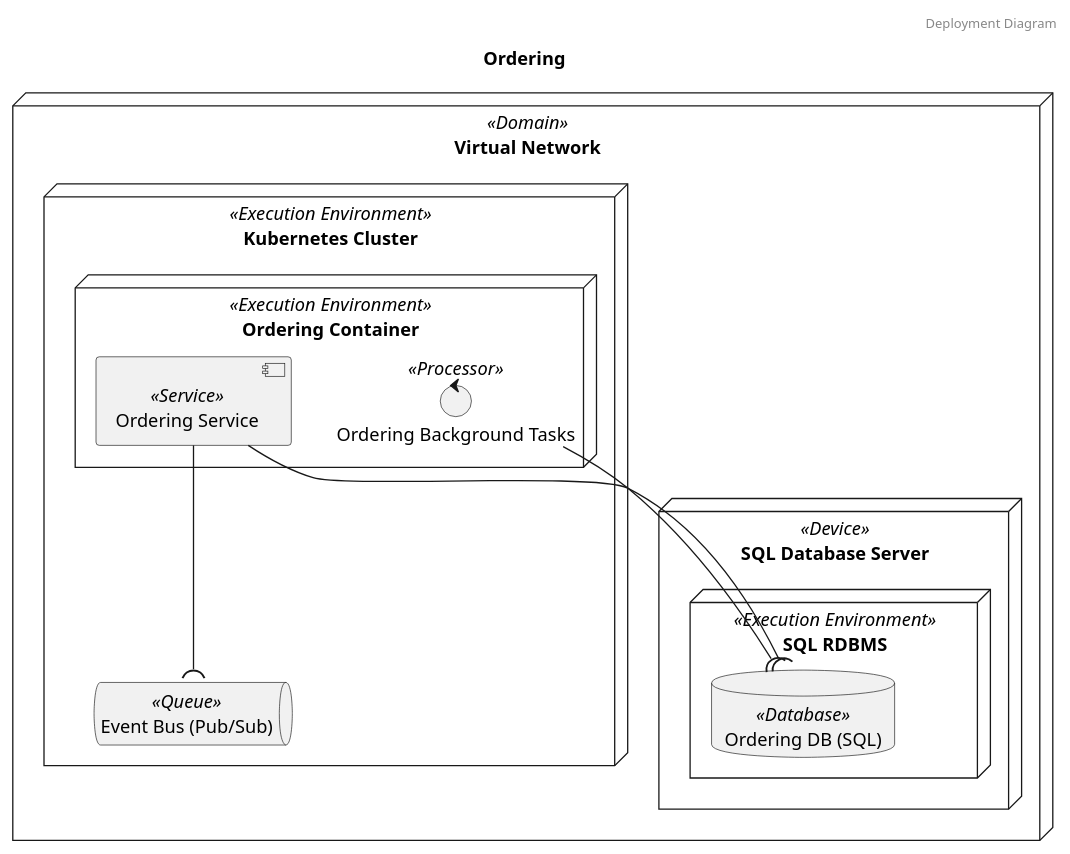
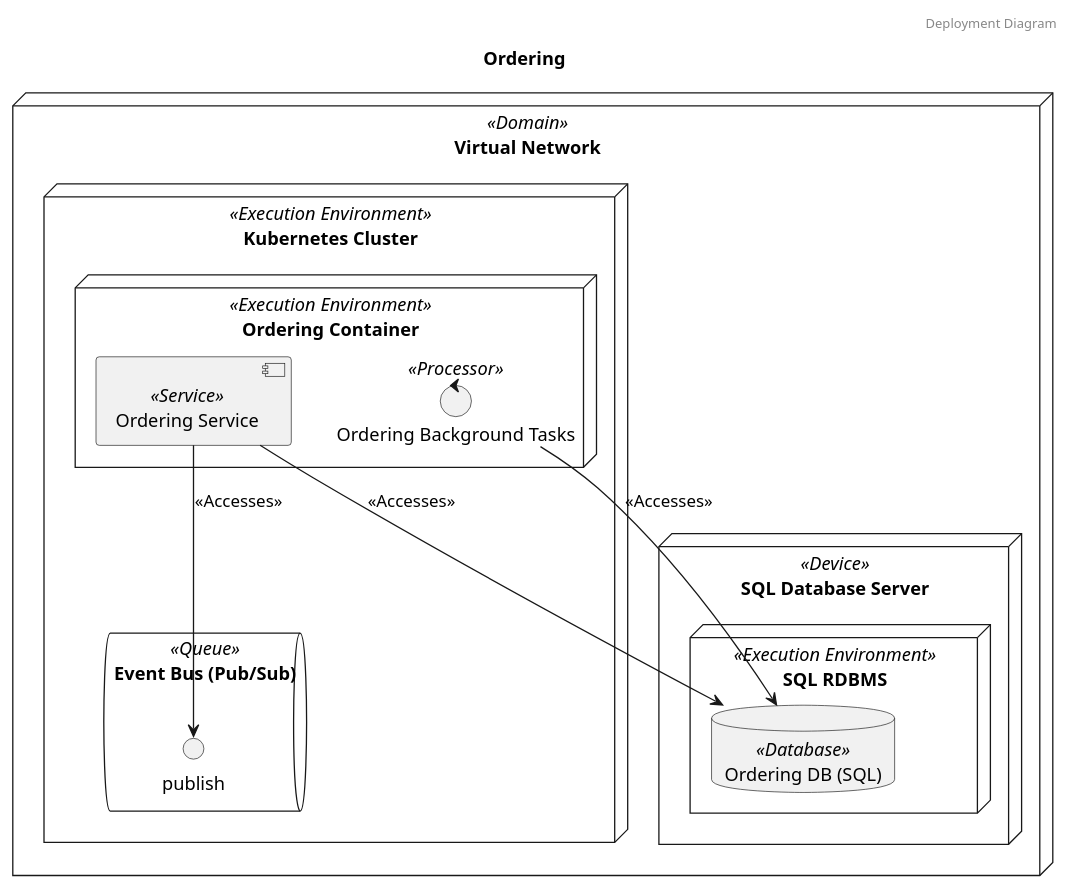
One commit to garrettsutula/example-trellis-project changed the second of 3 diagrams in diagrams/systems/Ordering.puml. Above: the diagram before and after it, drawn with PlantUML. The commit also changed other lines of this file and 29 other files, not shown here.

Commit message:
Update deps, diagram examples

```diff
--- a/diagrams/systems/Ordering.puml
+++ b/diagrams/systems/Ordering.puml
@@ -17,21 +17,24 @@
 @startuml Deployment Diagram Ordering
 header Deployment Diagram
 title Ordering
 node "Virtual Network" as Virtual_Network <<Domain>> {
 	node "Kubernetes Cluster" as Kubernetes_Cluster <<Execution Environment>> {
-		queue "Event Bus (Pub/Sub)" as Event_Bus_Pub_Sub <<Queue>>
-		node "Ordering Container" as Ordering_Container <<Execution Environment>> {
-			component "Ordering Service" as Ordering_Service <<Service>>
-			control "Ordering Background Tasks" as Ordering_Background_Tasks <<Processor>>
+		queue "Event Bus (Pub/Sub)" as Event_Bus_Event_Bus_Pub_Sub <<Queue>> {
+			interface "publish" as Event_Bus_publish
+		}
+		node "Ordering Container" as Ordering_Ordering_Container <<Execution Environment>> {
+			component "Ordering Service" as Ordering_Ordering_Service <<Service>> {
+			}
+			control "Ordering Background Tasks" as Ordering_Ordering_Background_Tasks <<Processor>>
 		}
 	}
 	node "SQL Database Server" as SQL_Database_Server <<Device>> {
 		node "SQL RDBMS" as SQL_RDBMS <<Execution Environment>> {
-			database "Ordering DB (SQL)" as Ordering_DB_SQL <<Database>>
+			database "Ordering DB (SQL)" as Ordering_Ordering_DB_SQL <<Database>>
 		}
 	}
 }
-	Ordering_Service -down-( Ordering_DB_SQL
-	Ordering_Background_Tasks -down-( Ordering_DB_SQL
-	Ordering_Service -down-( Event_Bus_Pub_Sub
+	Ordering_Ordering_Service -down-> Ordering_Ordering_DB_SQL: <<Accesses>>
+	Ordering_Ordering_Background_Tasks -down-> Ordering_Ordering_DB_SQL: <<Accesses>>
+	Ordering_Ordering_Service -down-> Event_Bus_publish: <<Accesses>>
 @enduml
```
